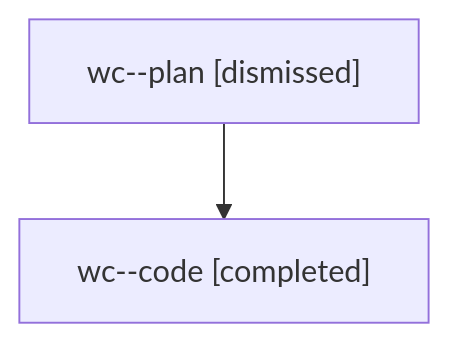
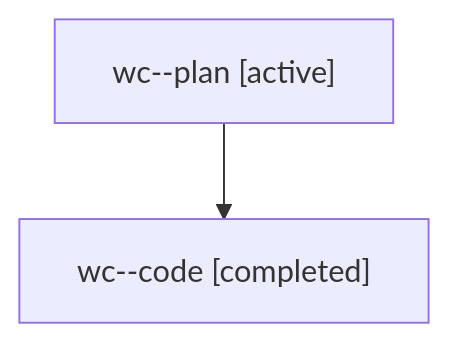
One commit to sase-org/sase--agents changed the diagram in families/bbugyi200.athena.wc.md. Above: the diagram before and after it, drawn with Mermaid. The commit also changed other lines of this file and 35830 other files, not shown here.

````diff
--- a/families/bbugyi200.athena.wc.md
+++ b/families/bbugyi200.athena.wc.md
@@ -9,6 +9,6 @@
 ```mermaid
 flowchart TD
-  n0["wc--plan [dismissed]"]
+  n0["wc--plan [active]"]
   n1["wc--code [completed]"]
   n0 --> n1
 ```
````
